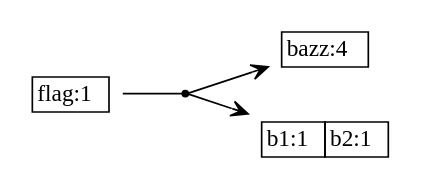
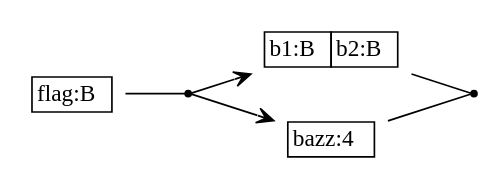
One commit to sireum/bitcodec-examples changed the diagram in src/genunion/genunion-spec.dot. Above: the diagram before and after it, drawn with Graphviz. The commit also changed 9 other files, not shown here.

```diff
--- a/src/genunion/genunion-spec.dot
+++ b/src/genunion/genunion-spec.dot
@@ -1,26 +1,29 @@
 digraph G {
   rankdir = LR;
   node [shape=plaintext];
   edge [arrowhead=vee];
 
   n0 [label=<
     <TABLE BORDER="0" CELLBORDER="1" CELLSPACING="0">
-      <TR><TD>flag:1</TD></TR>
+      <TR><TD>flag:B</TD></TR>
     </TABLE>
   >];
   n1 [shape=point];
   n2 [label=<
     <TABLE BORDER="0" CELLBORDER="1" CELLSPACING="0">
-      <TR><TD>bazz:4</TD></TR>
+      <TR><TD>b1:B</TD><TD>b2:B</TD></TR>
     </TABLE>
   >];
   n3 [label=<
     <TABLE BORDER="0" CELLBORDER="1" CELLSPACING="0">
-      <TR><TD>b1:1</TD><TD>b2:1</TD></TR>
+      <TR><TD>bazz:4</TD></TR>
     </TABLE>
   >];
+  n4 [shape=point];
 
   n0 -> n1 [arrowhead=none];
   n1 -> n2;
   n1 -> n3;
+  n2 -> n4 [arrowhead=none];
+  n3 -> n4 [arrowhead=none];
 }
```
